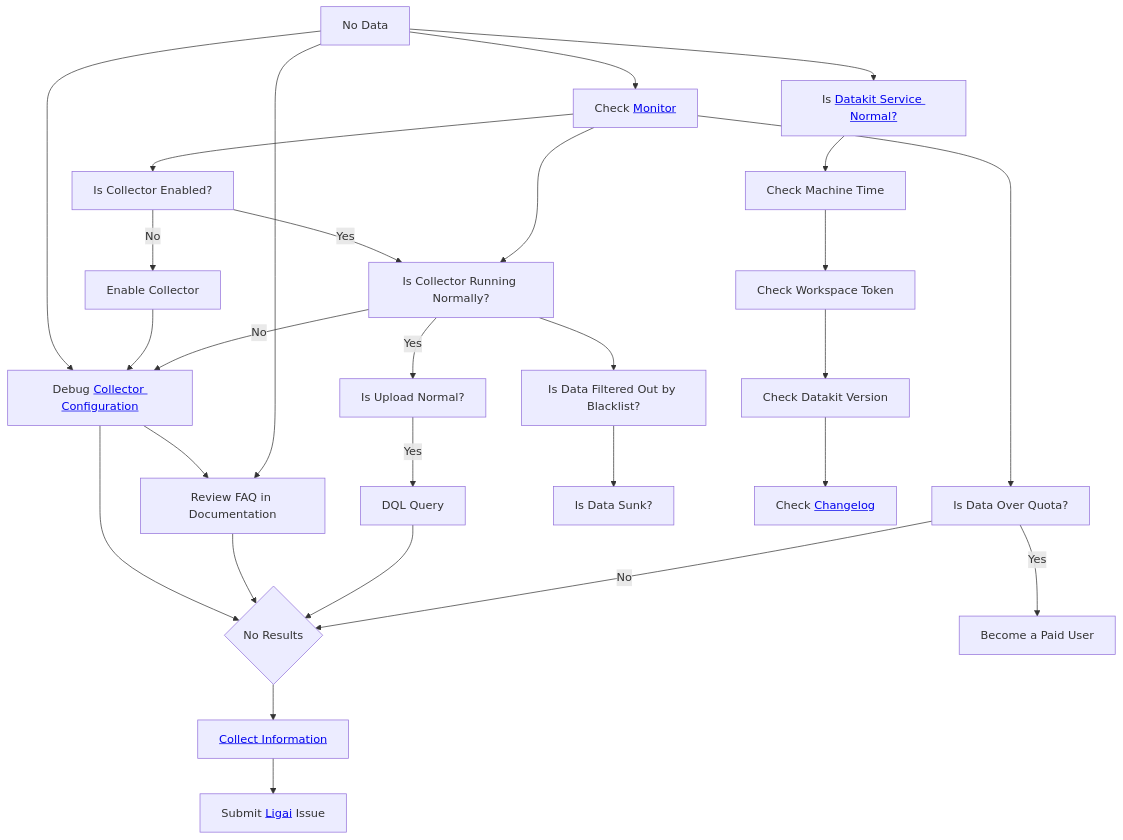
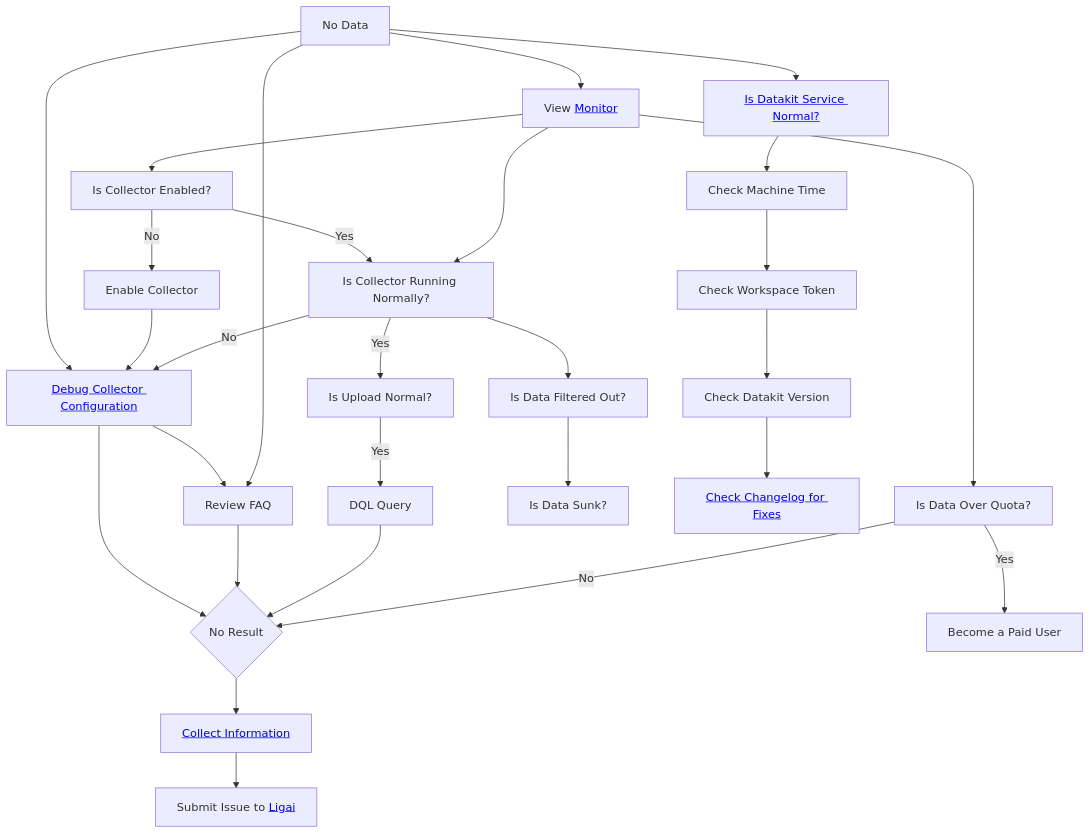
One commit to GuanceCloud/guance-docs changed the diagram in docs/en-ai/datakit/why-no-data.md. Above: the diagram before and after it, drawn with Mermaid. The commit also changed other lines of this file and 1830 other files, not shown here.

````diff
--- a/docs/en-ai/datakit/why-no-data.md
+++ b/docs/en-ai/datakit/why-no-data.md
@@ -563,50 +553,50 @@
 ``` mermaid
 graph TD
   %% node definitions
   no_data[No Data];
-  debug_fail{No Results};
-  monitor[Check <a href='https://docs.guance.com/datakit/datakit-monitor/'>Monitor</a>];
-  debug_input[Debug <a href='https://docs.guance.com/datakit/why-no-data/#check-input-conf'>Collector Configuration</a>];
-  read_faq[Review FAQ in Documentation];
+  debug_fail{No Result};
+  monitor[View <a href='https://docs.guance.com/datakit/datakit-monitor/'>Monitor</a>];
+  debug_input[<a href='https://docs.guance.com/datakit/why-no-data/#check-input-conf'>Debug Collector Configuration</a>];
+  read_faq[Review FAQ];
   dql[DQL Query];
   beyond_usage[Is Data Over Quota?];
   pay[Become a Paid User];
-  filtered[Is Data Filtered Out by Blacklist?];
+  filtered[Is Data Filtered Out?];
   sinked[Is Data Sunk?];
   check_time[Check Machine Time];
   check_token[Check Workspace Token];
   check_version[Check Datakit Version];
-  dk_service_ok[Is <a href='https://docs.guance.com/datakit/datakit-service-how-to/'>Datakit Service Normal?</a>];
-  check_changelog[Check <a href='https://docs.guance.com/datakit/changelog'>Changelog</a>];
+  dk_service_ok[<a href='https://docs.guance.com/datakit/datakit-service-how-to/'>Is Datakit Service Normal?</a>];
+  check_changelog[<a href='https://docs.guance.com/datakit/changelog'>Check Changelog for Fixes</a>];
   is_input_ok[Is Collector Running Normally?];
   is_input_enabled[Is Collector Enabled?];
   enable_input[Enable Collector];
   dataway_upload_ok[Is Upload Normal?];
-  ligai[Submit <a href='https://ligai.cn/'>Ligai</a> Issue];
+  ligai[Submit Issue to <a href='https://ligai.cn/'>Ligai</a>];
 
   no_data --> dk_service_ok --> check_time --> check_token --> check_version --> check_changelog;
 
   no_data --> monitor;
   no_data --> debug_input --> debug_fail;
   debug_input --> read_faq;
   no_data --> read_faq --> debug_fail;
   dql --> debug_fail;
 
   monitor --> beyond_usage -->|No| debug_fail;
   beyond_usage -->|Yes| pay;
 
   monitor --> is_input_enabled;
 
   is_input_enabled -->|Yes| is_input_ok;
   is_input_enabled -->|No| enable_input --> debug_input;
 
   monitor --> is_input_ok -->|No| debug_input;
 
   is_input_ok -->|Yes| dataway_upload_ok -->|Yes| dql;
   is_input_ok --> filtered --> sinked;
 
   trouble_shooting[<a href='https://docs.guance.com/datakit/why-no-data/#bug-report'>Collect Information</a>];
 
   debug_fail --> trouble_shooting;
   trouble_shooting --> ligai;
 ```
````
